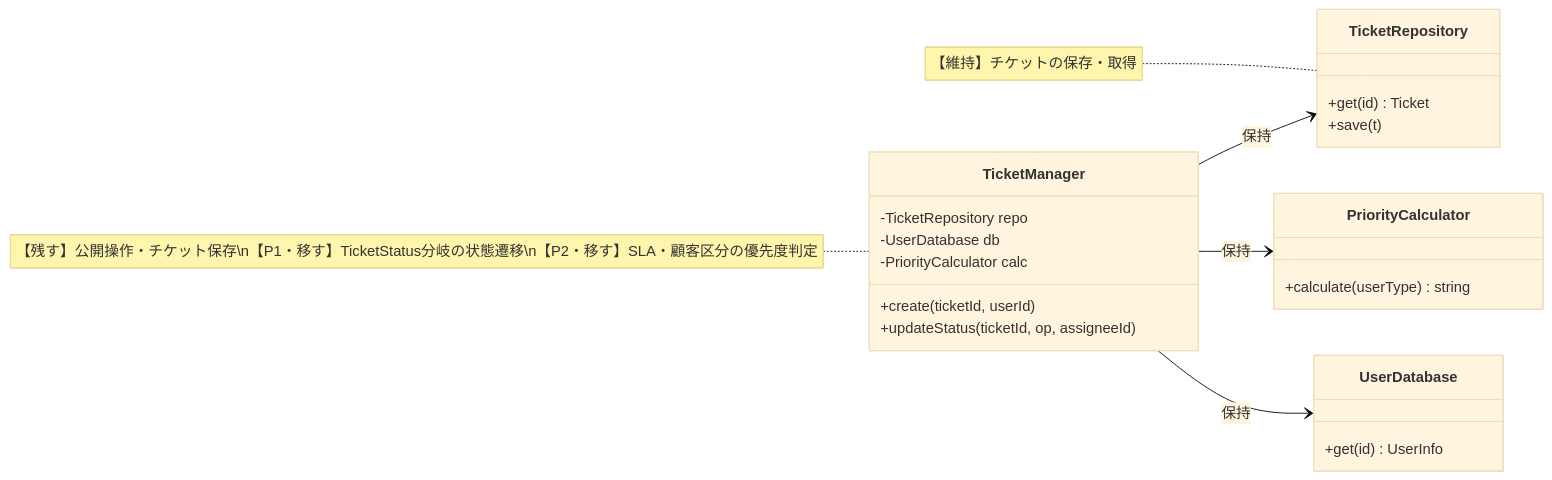
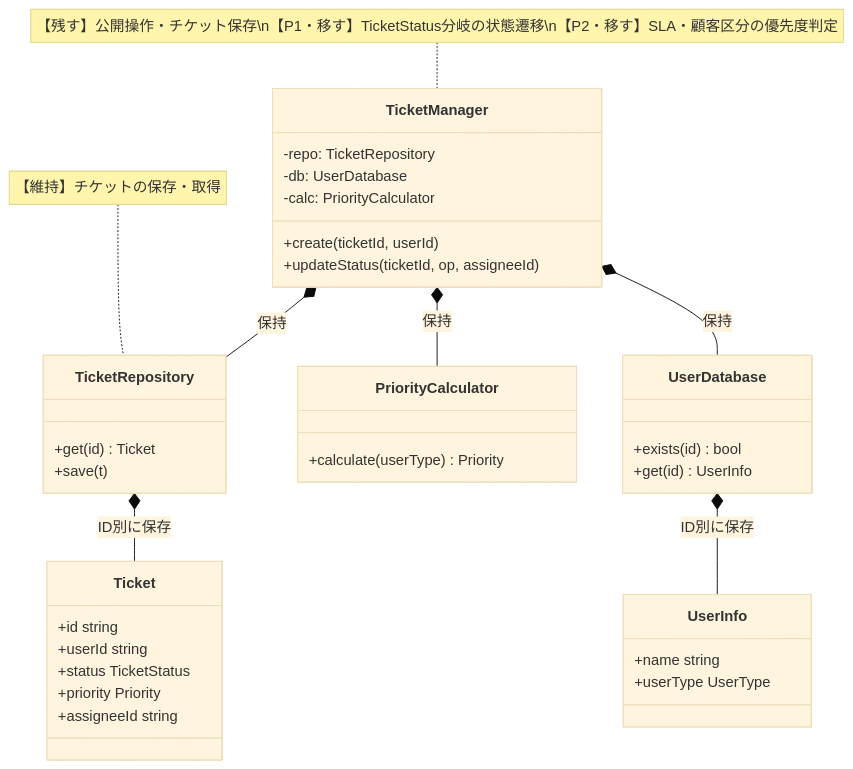
One commit to kumachan1101-pixel/DesignPattern changed the eighth of 16 diagrams in kindle/design-patterns/output/chapter09_2.md. Above: the diagram before and after it, drawn with Mermaid (base theme). The commit also changed other lines of this file and 9 other files, not shown here.

````diff
--- a/kindle/design-patterns/output/chapter09_2.md
+++ b/kindle/design-patterns/output/chapter09_2.md
@@ -990,30 +1086,43 @@
 ```mermaid
 classDiagram
-    direction LR
     class TicketManager {
-        -TicketRepository repo
-        -UserDatabase db
-        -PriorityCalculator calc
+        -repo: TicketRepository
+        -db: UserDatabase
+        -calc: PriorityCalculator
         +create(ticketId, userId)
         +updateStatus(ticketId, op, assigneeId)
     }
     class TicketRepository {
         +get(id) Ticket
         +save(t)
     }
+    class Ticket {
+        +id string
+        +userId string
+        +status TicketStatus
+        +priority Priority
+        +assigneeId string
+    }
     class PriorityCalculator {
-        +calculate(userType) string
+        +calculate(userType) Priority
     }
     class UserDatabase {
+        +exists(id) bool
         +get(id) UserInfo
     }
-    TicketManager --> TicketRepository : 保持
-    TicketManager --> PriorityCalculator : 保持
-    TicketManager --> UserDatabase : 保持
+    class UserInfo {
+        +name string
+        +userType UserType
+    }
+    TicketManager *-- TicketRepository : 保持
+    TicketManager *-- PriorityCalculator : 保持
+    TicketManager *-- UserDatabase : 保持
+    TicketRepository *-- Ticket : ID別に保存
+    UserDatabase *-- UserInfo : ID別に保存
 
     note for TicketManager "【残す】公開操作・チケット保存\n【P1・移す】TicketStatus分岐の状態遷移\n【P2・移す】SLA・顧客区分の優先度判定"
     note for TicketRepository "【維持】チケットの保存・取得"
 
     classDef focus fill:#FFF2CC,stroke:#D6B656,stroke-width:2px,color:#222222
     cssClass "TicketManager" focus
 ```
````
